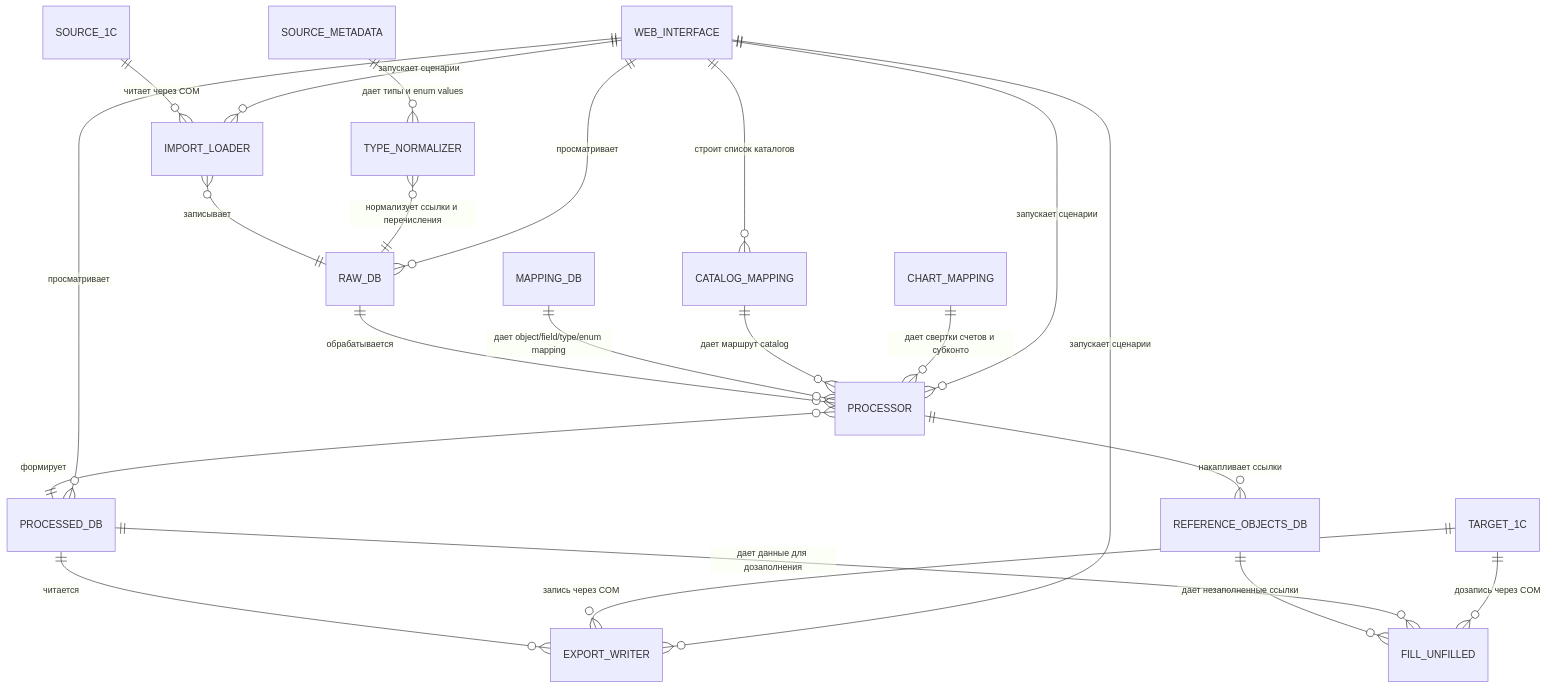
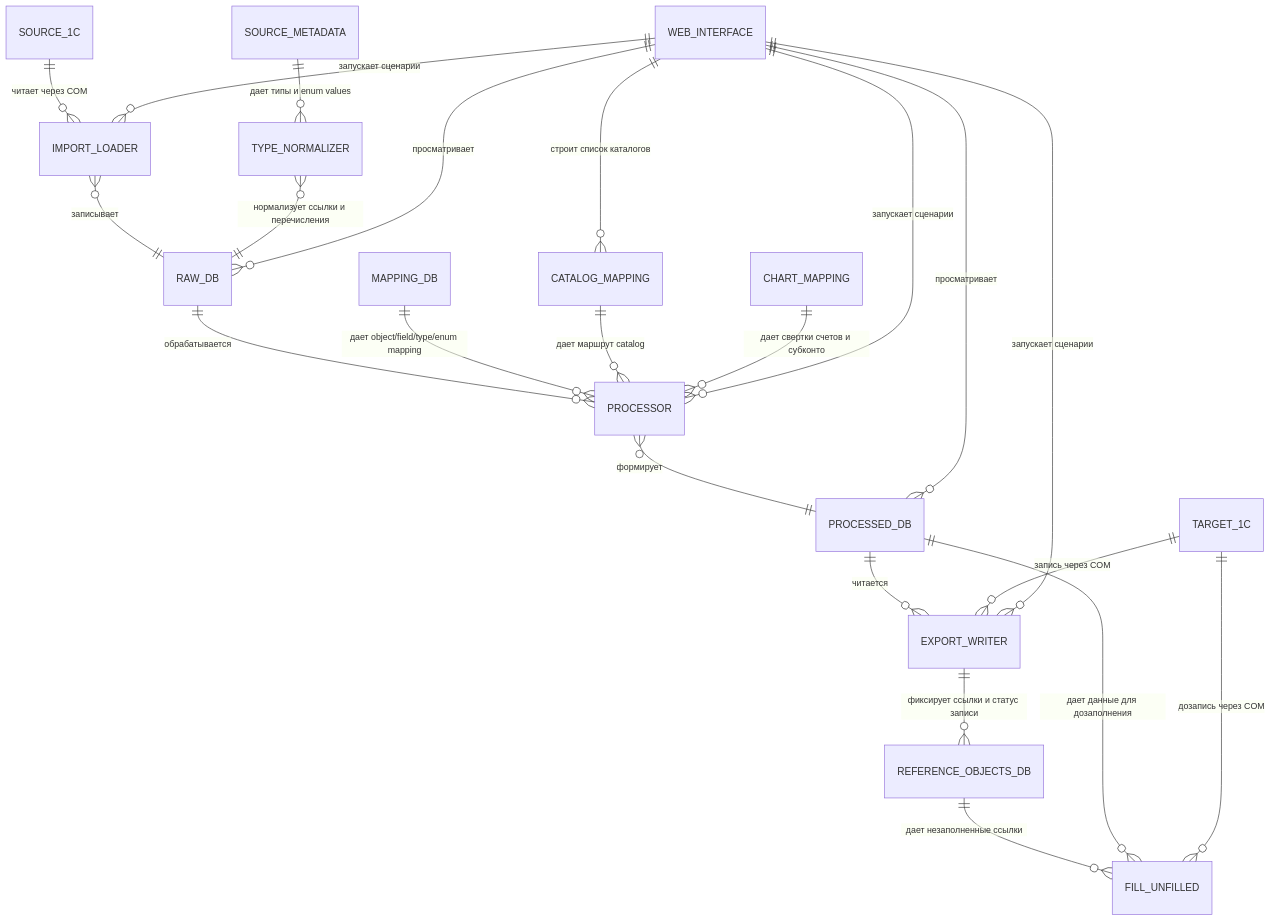
The second of 2 diagrams in README.md (msrv-tech/1c_conversion), drawn with Mermaid before and after one commit. The commit also changed 5 other files, not shown here.

Commit message:
Enhance documentation to clarify the role of reference objects in the export process, including updates to README.md, database.md, and processing.md for better understanding of data handling and object state management.

````diff
--- a/README.md
+++ b/README.md
@@ -24,27 +24,27 @@
 ```mermaid
 erDiagram
     SOURCE_1C ||--o{ IMPORT_LOADER : "читает через COM"
     IMPORT_LOADER }o--|| RAW_DB : "записывает"
     SOURCE_METADATA ||--o{ TYPE_NORMALIZER : "дает типы и enum values"
     TYPE_NORMALIZER }o--|| RAW_DB : "нормализует ссылки и перечисления"
 
     RAW_DB ||--o{ PROCESSOR : "обрабатывается"
     MAPPING_DB ||--o{ PROCESSOR : "дает object/field/type/enum mapping"
     CATALOG_MAPPING ||--o{ PROCESSOR : "дает маршрут catalog"
     CHART_MAPPING ||--o{ PROCESSOR : "дает свертки счетов и субконто"
     PROCESSOR }o--|| PROCESSED_DB : "формирует"
-    PROCESSOR ||--o{ REFERENCE_OBJECTS_DB : "накапливает ссылки"
 
     PROCESSED_DB ||--o{ EXPORT_WRITER : "читается"
     TARGET_1C ||--o{ EXPORT_WRITER : "запись через COM"
+    EXPORT_WRITER ||--o{ REFERENCE_OBJECTS_DB : "фиксирует ссылки и статус записи"
     REFERENCE_OBJECTS_DB ||--o{ FILL_UNFILLED : "дает незаполненные ссылки"
     PROCESSED_DB ||--o{ FILL_UNFILLED : "дает данные для дозаполнения"
     TARGET_1C ||--o{ FILL_UNFILLED : "дозапись через COM"
 
     WEB_INTERFACE ||--o{ RAW_DB : "просматривает"
     WEB_INTERFACE ||--o{ PROCESSED_DB : "просматривает"
     WEB_INTERFACE ||--o{ CATALOG_MAPPING : "строит список каталогов"
     WEB_INTERFACE ||--o{ EXPORT_WRITER : "запускает сценарии"
     WEB_INTERFACE ||--o{ PROCESSOR : "запускает сценарии"
     WEB_INTERFACE ||--o{ IMPORT_LOADER : "запускает сценарии"
 ```
````
